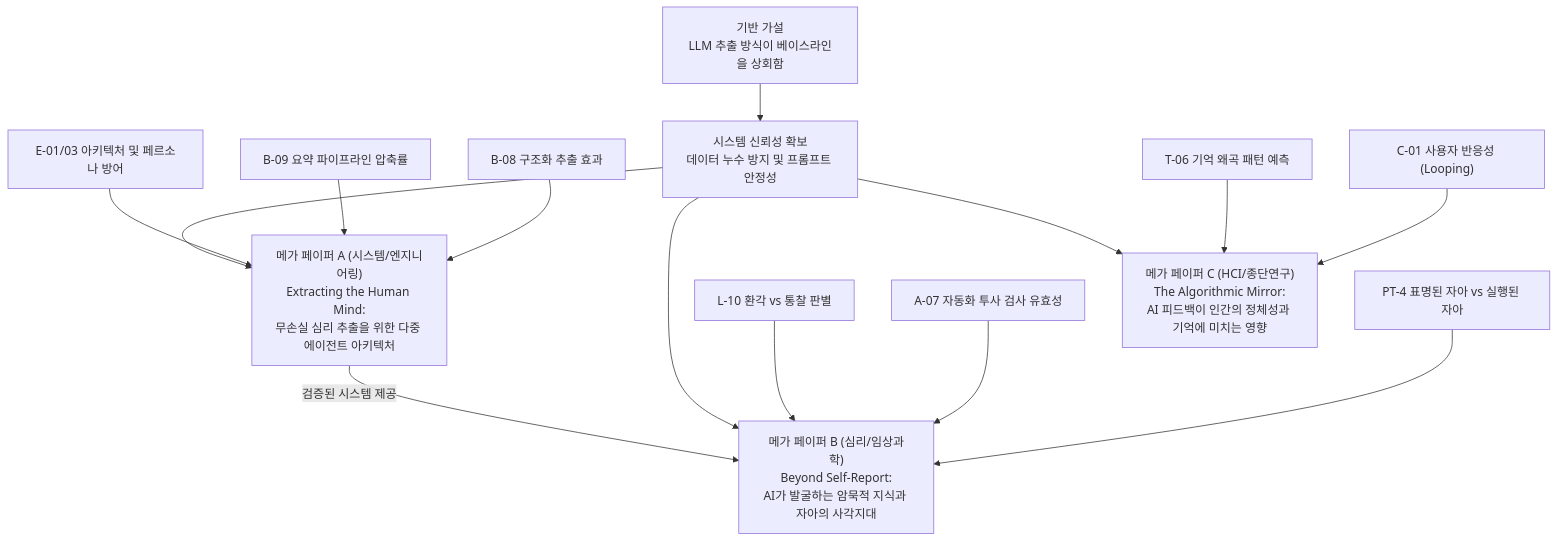
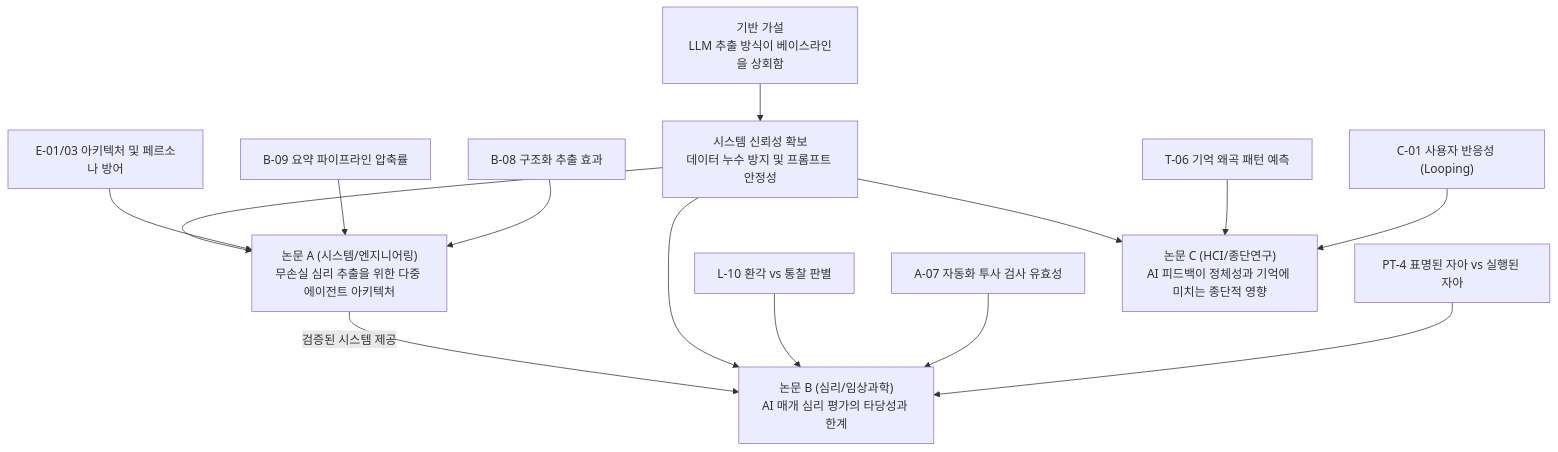
One commit to YiTanJang/extracting-the-human-mind changed the diagram in 논문 전략.md. Above: the diagram before and after it, drawn with Mermaid. The commit also changed other lines of this file, not shown here.

Commit message:
docs: 논문 전략 문서의 과장된 수사(메가 페이퍼, 위대한 등) 제거 및 객관적 학술 톤으로 전면 수정

````diff
--- a/논문 전략.md
+++ b/논문 전략.md
@@ -26,34 +22,34 @@
 ```mermaid
 graph TD
     R0["기반 가설<br/>LLM 추출 방식이 베이스라인을 상회함"]
     FND["시스템 신뢰성 확보<br/>데이터 누수 방지 및 프롬프트 안정성"]
     R0 --> FND
 
-    %% 메가 페이퍼 A
-    MA_1["B-08 구조화 추출 효과"]
-    MA_2["B-09 요약 파이프라인 압축률"]
-    MA_3["E-01/03 아키텍처 및 페르소나 방어"]
-    MA_1 --> MEGA_A
-    MA_2 --> MEGA_A
-    MA_3 --> MEGA_A
-    MEGA_A["메가 페이퍼 A (시스템/엔지니어링)<br/>Extracting the Human Mind:<br/>무손실 심리 추출을 위한 다중 에이전트 아키텍처"]
+    %% 논문 A
+    PA_1["B-08 구조화 추출 효과"]
+    PA_2["B-09 요약 파이프라인 압축률"]
+    PA_3["E-01/03 아키텍처 및 페르소나 방어"]
+    PA_1 --> PAPER_A
+    PA_2 --> PAPER_A
+    PA_3 --> PAPER_A
+    PAPER_A["논문 A (시스템/엔지니어링)<br/>무손실 심리 추출을 위한 다중 에이전트 아키텍처"]
 
-    %% 메가 페이퍼 B
-    MB_1["PT-4 표명된 자아 vs 실행된 자아"]
-    MB_2["A-07 자동화 투사 검사 유효성"]
-    MB_3["L-10 환각 vs 통찰 판별"]
-    MB_1 --> MEGA_B
-    MB_2 --> MEGA_B
-    MB_3 --> MEGA_B
-    MEGA_B["메가 페이퍼 B (심리/임상과학)<br/>Beyond Self-Report:<br/>AI가 발굴하는 암묵적 지식과 자아의 사각지대"]
+    %% 논문 B
+    PB_1["PT-4 표명된 자아 vs 실행된 자아"]
+    PB_2["A-07 자동화 투사 검사 유효성"]
+    PB_3["L-10 환각 vs 통찰 판별"]
+    PB_1 --> PAPER_B
+    PB_2 --> PAPER_B
+    PB_3 --> PAPER_B
+    PAPER_B["논문 B (심리/임상과학)<br/>AI 매개 심리 평가의 타당성과 한계"]
 
-    %% 메가 페이퍼 C
-    MC_1["C-01 사용자 반응성 (Looping)"]
-    MC_2["T-06 기억 왜곡 패턴 예측"]
-    MC_1 --> MEGA_C
-    MC_2 --> MEGA_C
-    MEGA_C["메가 페이퍼 C (HCI/종단연구)<br/>The Algorithmic Mirror:<br/>AI 피드백이 인간의 정체성과 기억에 미치는 영향"]
+    %% 논문 C
+    PC_1["C-01 사용자 반응성 (Looping)"]
+    PC_2["T-06 기억 왜곡 패턴 예측"]
+    PC_1 --> PAPER_C
+    PC_2 --> PAPER_C
+    PAPER_C["논문 C (HCI/종단연구)<br/>AI 피드백이 정체성과 기억에 미치는 종단적 영향"]
 
-    FND --> MEGA_A & MEGA_B & MEGA_C
-    MEGA_A -->|검증된 시스템 제공| MEGA_B
+    FND --> PAPER_A & PAPER_B & PAPER_C
+    PAPER_A -->|검증된 시스템 제공| PAPER_B
 ```
````
